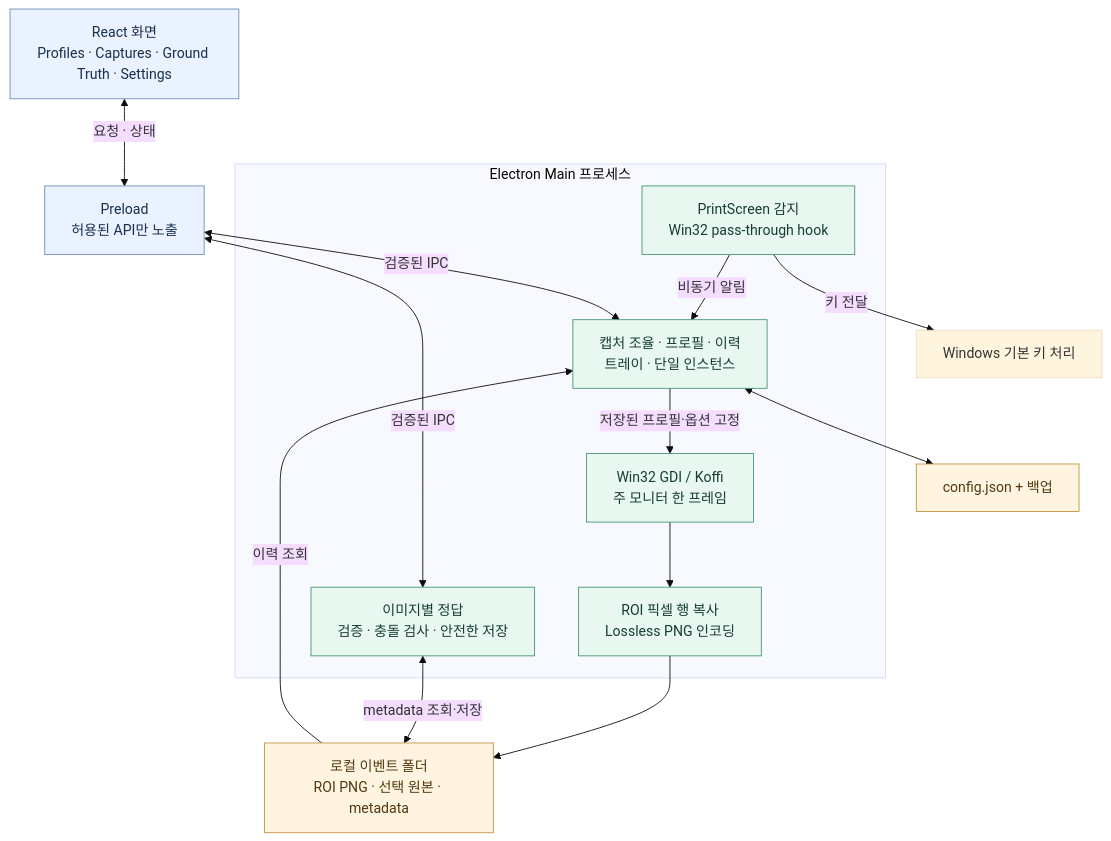
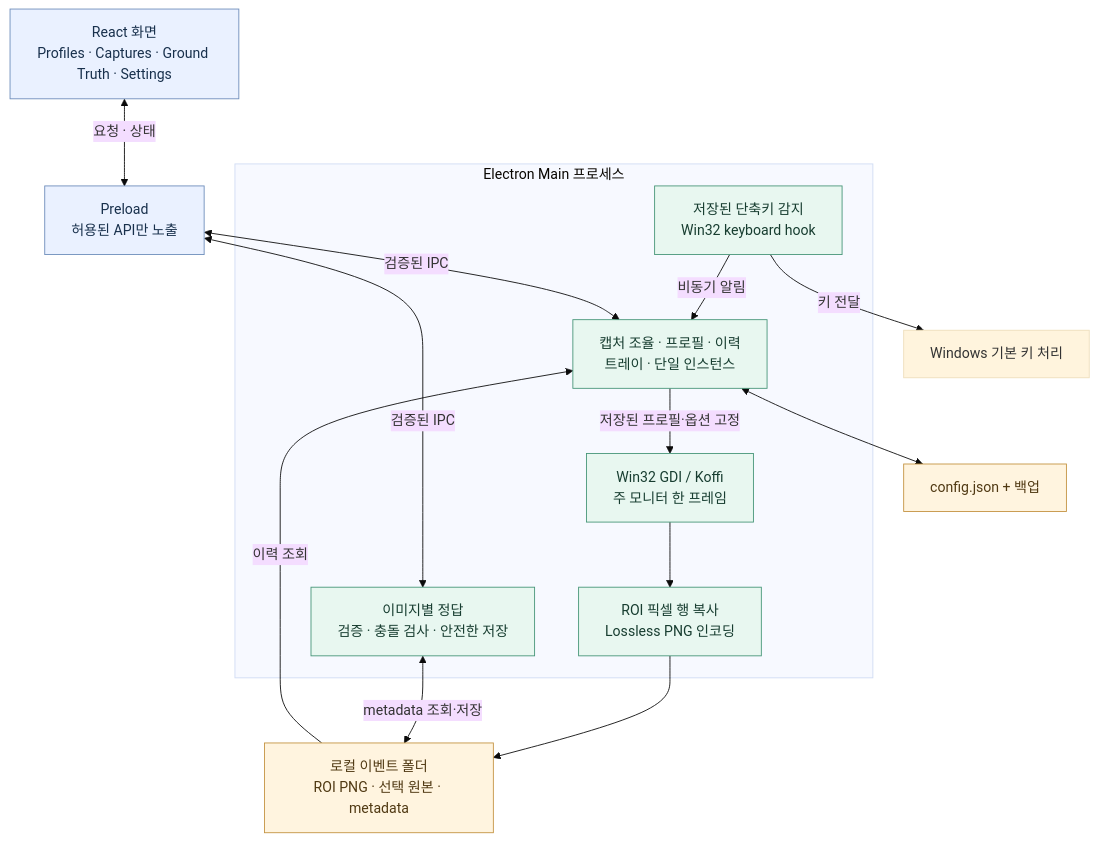
The diagram in docs/code-structure.md (blahaj94/dfragon-cropper), drawn with Mermaid (base theme) before and after one commit. The commit also changed other lines of this file and 36 other files, not shown here.

````diff
--- a/docs/code-structure.md
+++ b/docs/code-structure.md
@@ -11,32 +11,32 @@
 ```mermaid
 flowchart TB
     UI["React 화면<br/>Profiles · Captures · Ground Truth · Settings"]
     Bridge["Preload<br/>허용된 API만 노출"]
 
     subgraph Main["Electron Main 프로세스"]
-        Hook["PrintScreen 감지<br/>Win32 pass-through hook"]
+        Hook["저장된 단축키 감지<br/>Win32 keyboard hook"]
         App["캡처 조율 · 프로필 · 이력<br/>트레이 · 단일 인스턴스"]
         Frame["Win32 GDI / Koffi<br/>주 모니터 한 프레임"]
         Crop["ROI 픽셀 행 복사<br/>Lossless PNG 인코딩"]
         Answers["이미지별 정답<br/>검증 · 충돌 검사 · 안전한 저장"]
         Hook -->|"비동기 알림"| App
         App -->|"저장된 프로필·옵션 고정"| Frame
         Frame --> Crop
     end
 
     UI <-->|"요청 · 상태"| Bridge
     Bridge <-->|"검증된 IPC"| App
     Bridge <-->|"검증된 IPC"| Answers
     Hook -->|"키 전달"| OS["Windows 기본 키 처리"]
     App <--> Config["config.json + 백업"]
     Crop --> Files["로컬 이벤트 폴더<br/>ROI PNG · 선택 원본 · metadata"]
     Files -->|"이력 조회"| App
     Answers <-->|"metadata 조회·저장"| Files
 
     classDef screen fill:#eaf1ff,stroke:#6c8cba,color:#18304c
     classDef capture fill:#e8f7f0,stroke:#459577,color:#173d30
     classDef storage fill:#fff4df,stroke:#c39240,color:#503913
     class UI,Bridge screen
     class Hook,App,Frame,Crop,Answers capture
     class Config,Files storage
 ```
````
